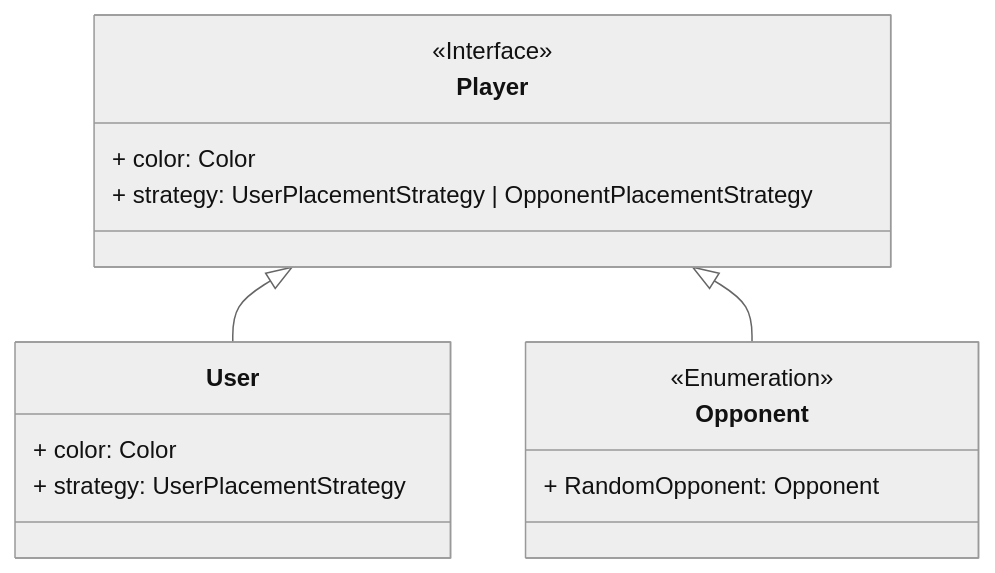
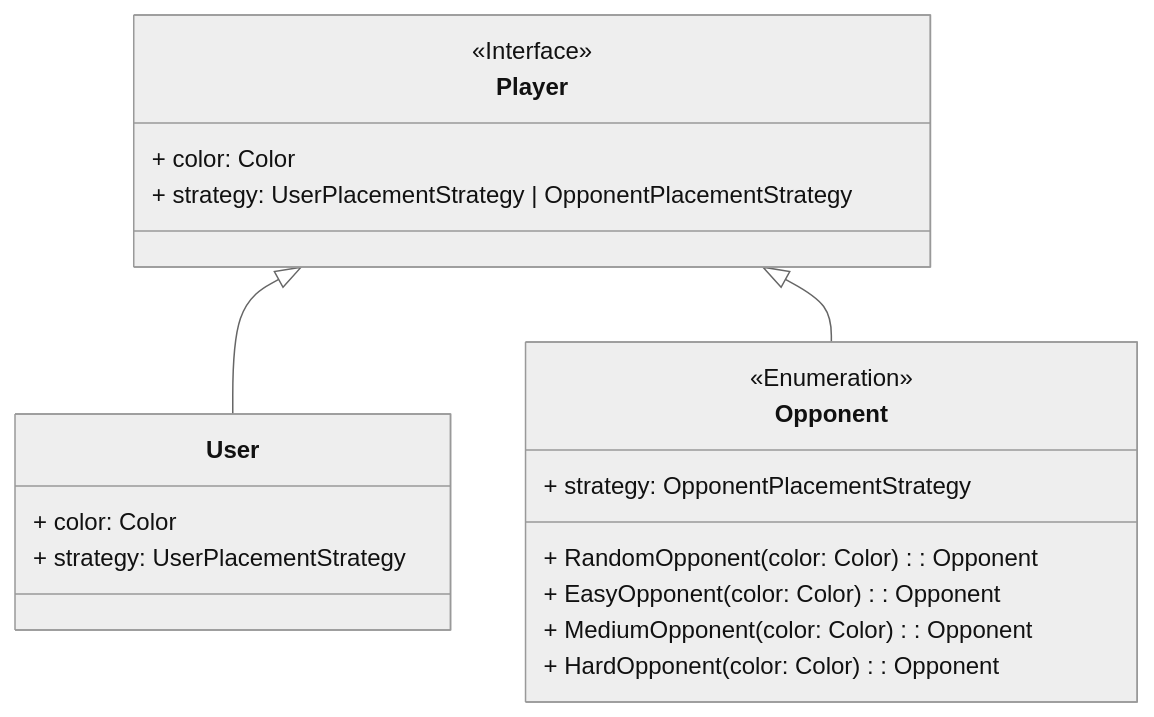
The second of 11 diagrams in docs/report/5-detailed-design.md (Borgotto/PPS-25-scalatello), drawn with Mermaid (neutral theme) before and after one commit. The commit also changed other lines of this file, not shown here.

Commit message:
Update Player and Strategy detailed design

````diff
--- a/docs/report/5-detailed-design.md
+++ b/docs/report/5-detailed-design.md
@@ -43,17 +43,21 @@
 ```mermaid
 classDiagram
     class Player <<Interface>> {
         + color: Color
         + strategy: UserPlacementStrategy | OpponentPlacementStrategy
     }
     class User {
         + color: Color
         + strategy: UserPlacementStrategy
     }
     class Opponent <<Enumeration>> {
-        + RandomOpponent: Opponent
+        + strategy: OpponentPlacementStrategy
+        + RandomOpponent(color: Color): Opponent
+        + EasyOpponent(color: Color): Opponent
+        + MediumOpponent(color: Color): Opponent
+        + HardOpponent(color: Color): Opponent
     }
 
     Player <|-- User
     Player <|-- Opponent
 ```
````
